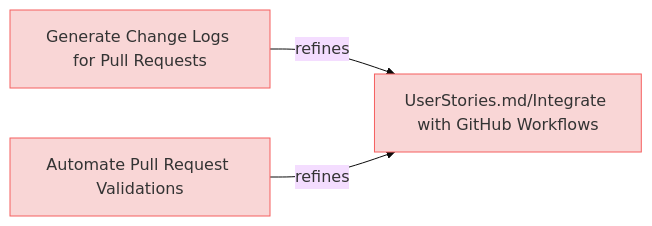
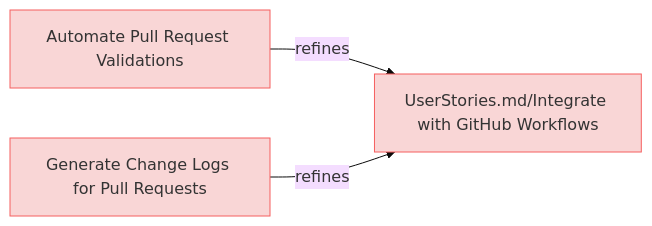
Before and after one commit to reqvire-org/reqvire: the fourth of 9 diagrams in specifications/UserRequirements.md, drawn with Mermaid (base theme). The commit also changed other lines of this file and 72 other files, not shown here.

Commit message:
Major rework of the logic in reqvire. It uses git repository root as root folder and everything else is relative to it. External folders and specifications folder concept has been deprecated.

````diff
--- a/specifications/UserRequirements.md
+++ b/specifications/UserRequirements.md
@@ -329,20 +329,20 @@
 ```mermaid
 graph LR;
   %% Graph styling
   classDef requirement fill:#f9d6d6,stroke:#f55f5f,stroke-width:1px;
   classDef verification fill:#d6f9d6,stroke:#5fd75f,stroke-width:1px;
   classDef externalLink fill:#d0e0ff,stroke:#3080ff,stroke-width:1px;
   classDef default fill:#f5f5f5,stroke:#333333,stroke-width:1px;
 
-  efa1cab60b058344["Generate Change Logs for Pull Requests"];
-  click efa1cab60b058344 "https://github.com/Reqvire/reqvire/blob/ad88ba6b828e94c93382866fefd058c011c1ac60/specifications/UserRequirements.md#generate-change-logs-for-pull-requests";
-  class efa1cab60b058344 requirement;
+  b41f362e18fb2449["Automate Pull Request Validations"];
+  click b41f362e18fb2449 "UserRequirements.md#automate-pull-request-validations";
+  class b41f362e18fb2449 requirement;
   1563f8454019c887["UserStories.md/Integrate with GitHub Workflows"];
   class 1563f8454019c887 requirement;
-  click 1563f8454019c887 "https://github.com/Reqvire/reqvire/blob/ad88ba6b828e94c93382866fefd058c011c1ac60/specifications/UserStories.md#integrate-with-github-workflows";
+  click 1563f8454019c887 "UserStories.md#integrate-with-github-workflows";
+  b41f362e18fb2449 -->|refines| 1563f8454019c887;
+  efa1cab60b058344["Generate Change Logs for Pull Requests"];
+  click efa1cab60b058344 "UserRequirements.md#generate-change-logs-for-pull-requests";
+  class efa1cab60b058344 requirement;
   efa1cab60b058344 -->|refines| 1563f8454019c887;
-  b41f362e18fb2449["Automate Pull Request Validations"];
-  click b41f362e18fb2449 "https://github.com/Reqvire/reqvire/blob/ad88ba6b828e94c93382866fefd058c011c1ac60/specifications/UserRequirements.md#automate-pull-request-validations";
-  class b41f362e18fb2449 requirement;
-  b41f362e18fb2449 -->|refines| 1563f8454019c887;
 ```
````
